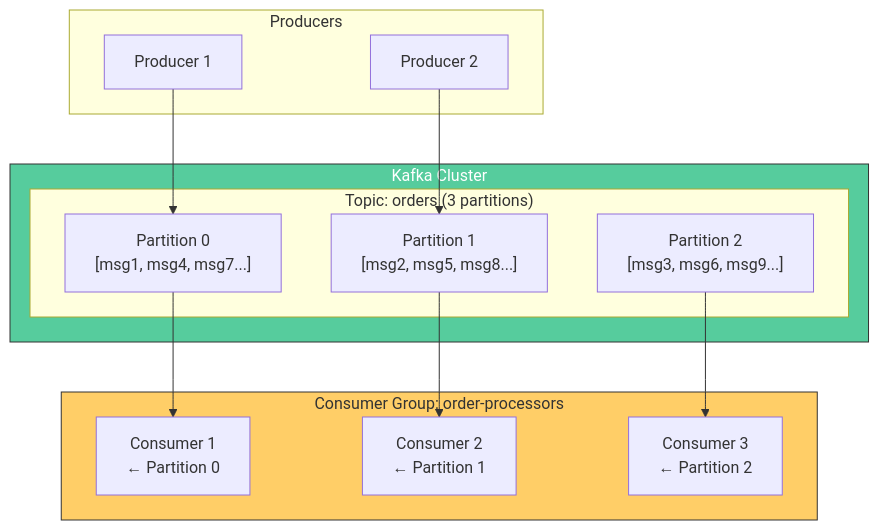
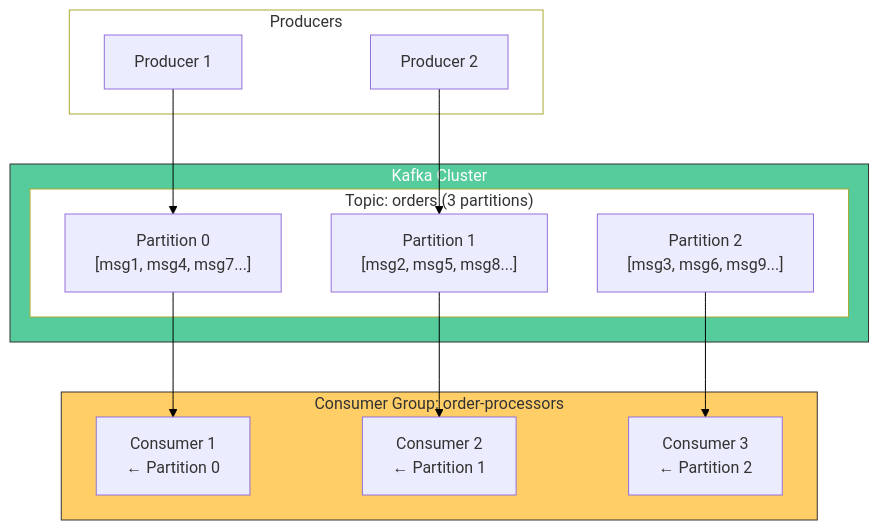
The sixth of 17 diagrams in posts/system-design/System-Design-Interview-QA-2.qmd (tanquangduong/tanquangduong.github.io), drawn with Mermaid before and after one commit. The commit also changed other lines of this file and 204 other files, not shown here.

````diff
--- a/posts/system-design/System-Design-Interview-QA-2.qmd
+++ b/posts/system-design/System-Design-Interview-QA-2.qmd
@@ -297,30 +303,33 @@
 ```{mermaid}
 graph TD
+    linkStyle default stroke:#000,color:#000
     subgraph Producers
         P1["Producer 1"]
         P2["Producer 2"]
     end
 
     subgraph Kafka["Kafka Cluster"]
         subgraph Topic["Topic: orders (3 partitions)"]
             PART0["Partition 0<br/>[msg1, msg4, msg7...]"]
             PART1["Partition 1<br/>[msg2, msg5, msg8...]"]
             PART2["Partition 2<br/>[msg3, msg6, msg9...]"]
         end
     end
 
     subgraph ConsumerGroup["Consumer Group: order-processors"]
         C1["Consumer 1<br/>← Partition 0"]
         C2["Consumer 2<br/>← Partition 1"]
         C3["Consumer 3<br/>← Partition 2"]
     end
 
     P1 --> PART0
     P2 --> PART1
     PART0 --> C1
     PART1 --> C2
     PART2 --> C3
 
     style Kafka fill:#56cc9d,stroke:#333,color:#fff
     style ConsumerGroup fill:#ffce67,stroke:#333
+    style Producers fill:#fff
+    style Topic fill:#fff
 ```
````
